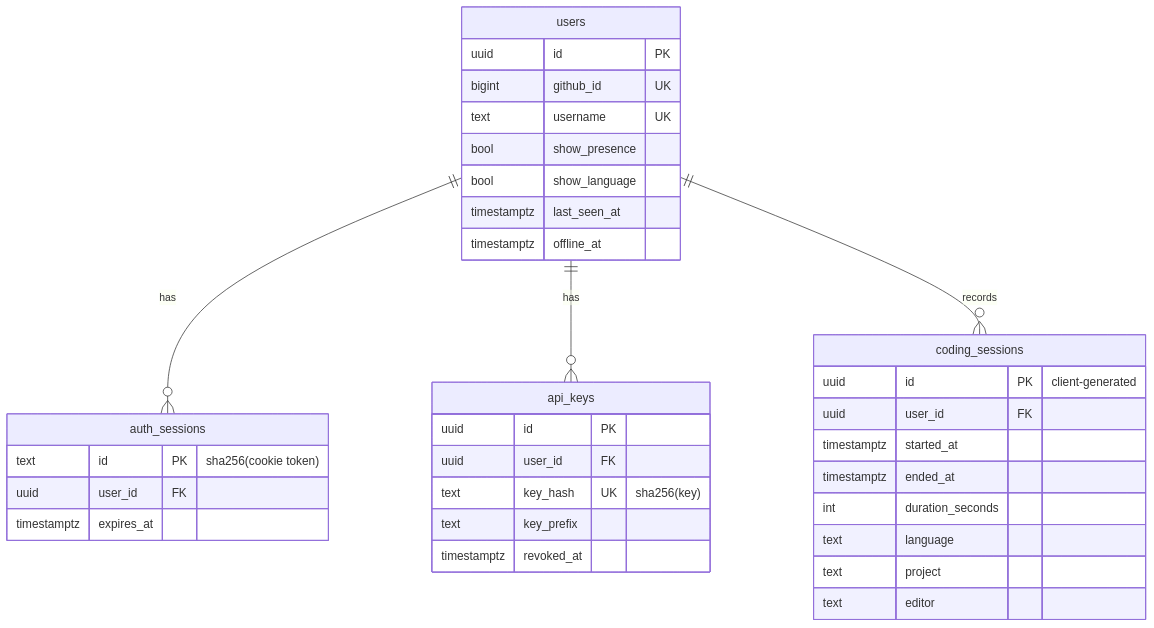
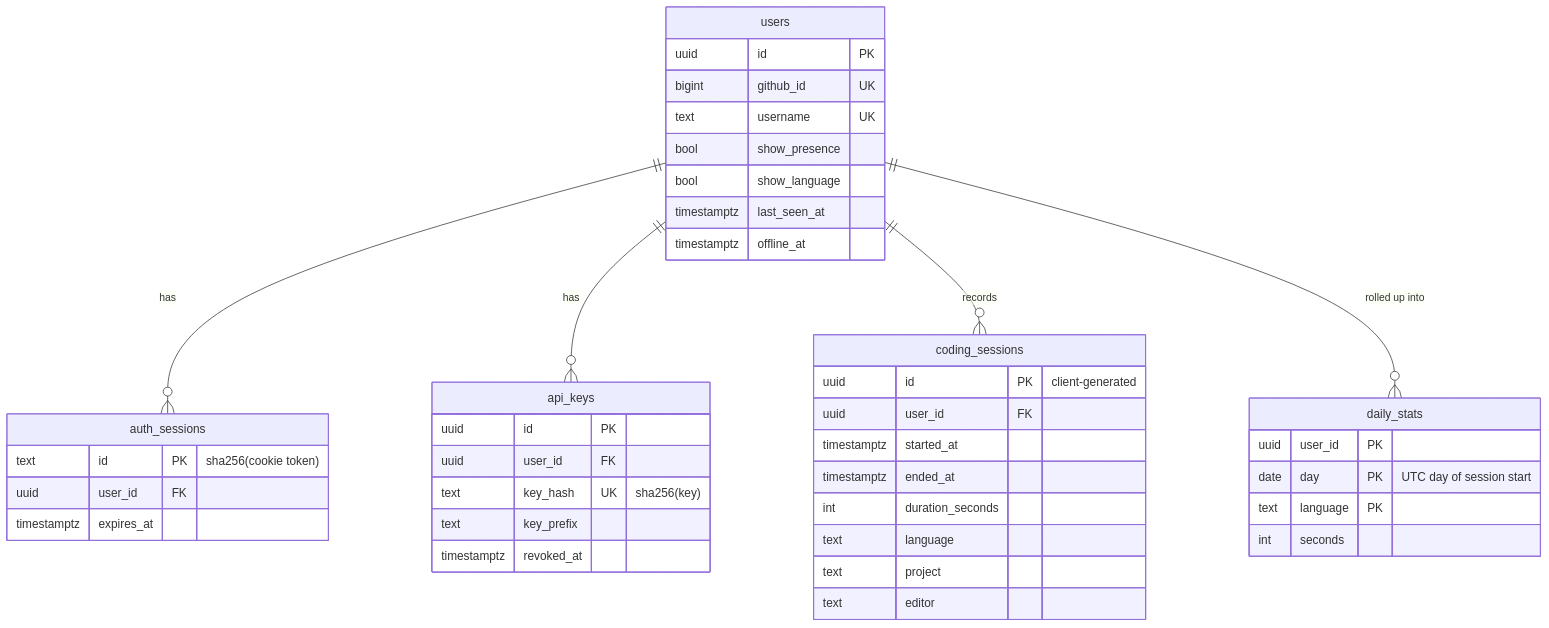
The diagram in docs/data-model.md (SalehKhatri/forkyou), drawn with Mermaid before and after one commit. The commit also changed other lines of this file and 19 other files, not shown here.

First line of the commit message:
feat(api): roll sessions up into daily_stats for the leaderboard (#19)

````diff
--- a/docs/data-model.md
+++ b/docs/data-model.md
@@ -5,37 +5,44 @@
 ```mermaid
 erDiagram
   users ||--o{ auth_sessions : has
   users ||--o{ api_keys : has
   users ||--o{ coding_sessions : records
+  users ||--o{ daily_stats : "rolled up into"
   users {
     uuid id PK
     bigint github_id UK
     text username UK
     bool show_presence
     bool show_language
     timestamptz last_seen_at
     timestamptz offline_at
   }
   auth_sessions {
     text id PK "sha256(cookie token)"
     uuid user_id FK
     timestamptz expires_at
   }
   api_keys {
     uuid id PK
     uuid user_id FK
     text key_hash UK "sha256(key)"
     text key_prefix
     timestamptz revoked_at
   }
   coding_sessions {
     uuid id PK "client-generated"
     uuid user_id FK
     timestamptz started_at
     timestamptz ended_at
     int duration_seconds
     text language
     text project
     text editor
   }
+  daily_stats {
+    uuid user_id PK
+    date day PK "UTC day of session start"
+    text language PK
+    int seconds
+  }
 ```
````
